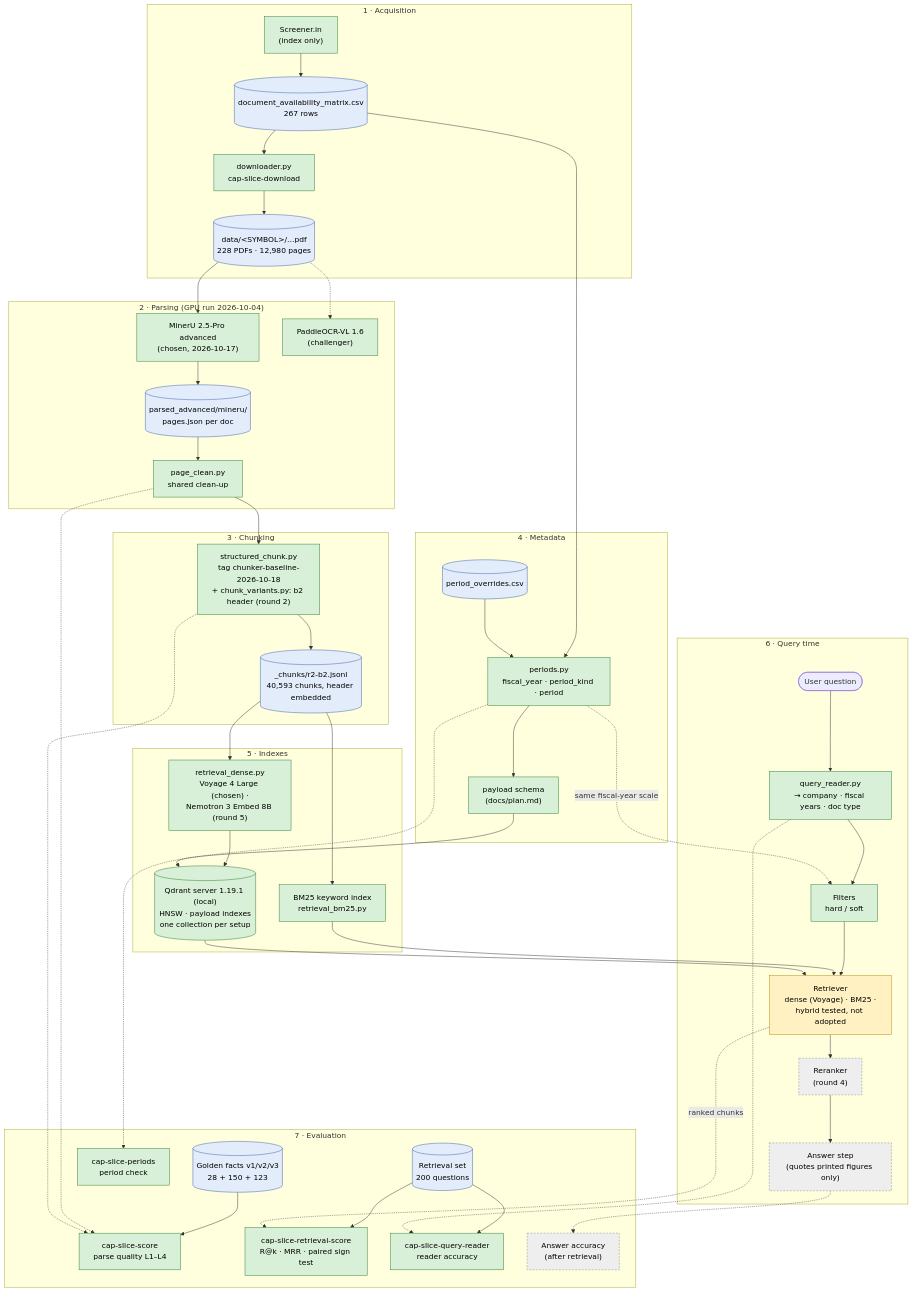
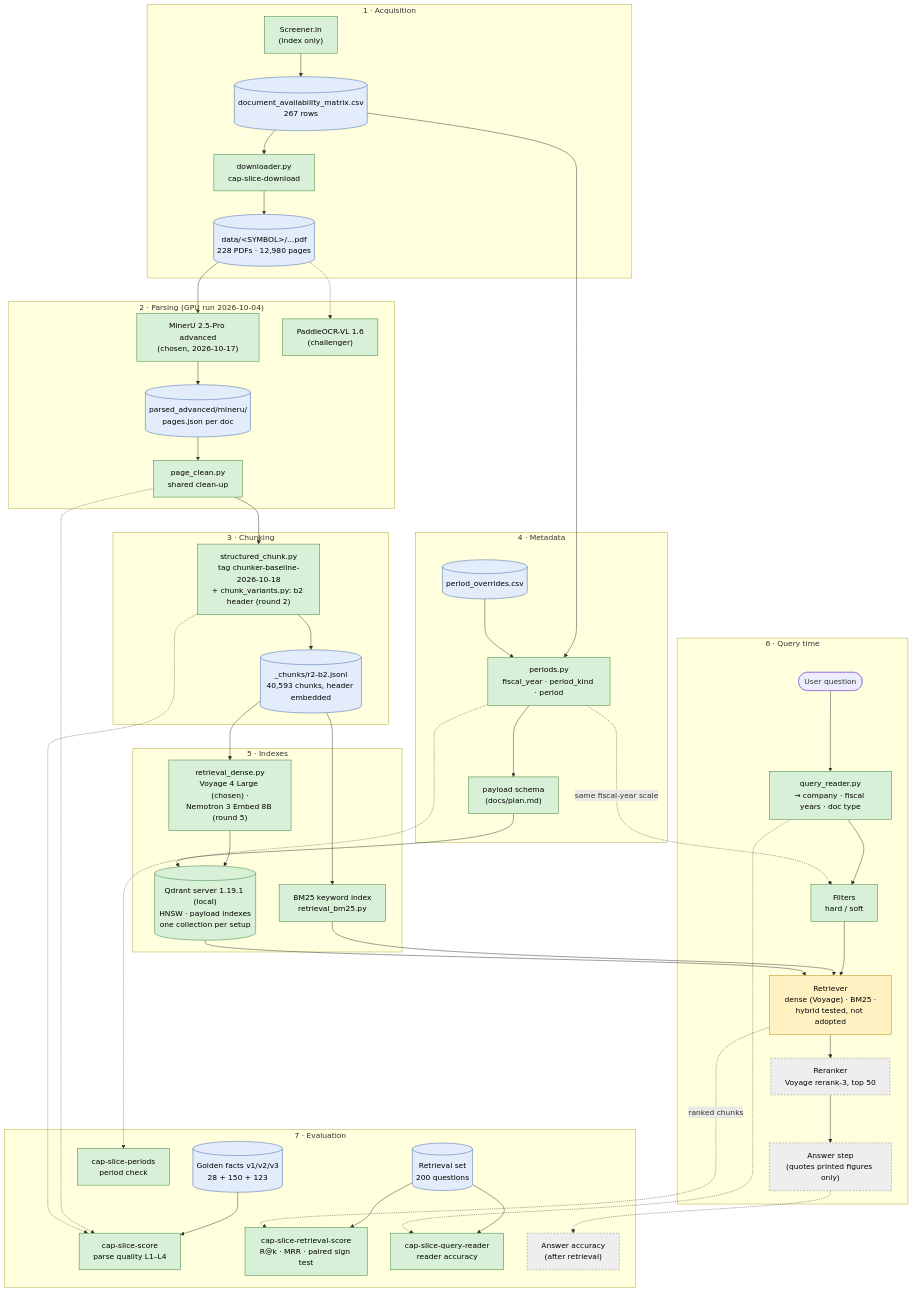
One commit to Tamil-Selvan-Murugesan/cap-slice changed the diagram in docs/architecture.md. Above: the diagram before and after it, drawn with Mermaid. The commit also changed other lines of this file and 46 other files, not shown here.

First line of the commit message:
Round 4: Voyage rerank-3 on the top 50 (R@10 0.865 -> 0.915)

```diff
--- a/docs/architecture.md
+++ b/docs/architecture.md
@@ -58,7 +58,7 @@
         QR["query_reader.py<br/>→ company · fiscal years · doc type"]
         FIL["Filters<br/>hard / soft"]
         RET["Retriever<br/>dense (Voyage) · BM25 ·<br/>hybrid tested, not adopted"]
-        RR["Reranker<br/>(round 4)"]
+        RR["Reranker<br/>Voyage rerank-3, top 50"]
         ANS["Answer step<br/>(quotes printed figures only)"]
         Q --> QR --> FIL --> RET --> RR --> ANS
         PER -.->|same fiscal-year scale| FIL
```
